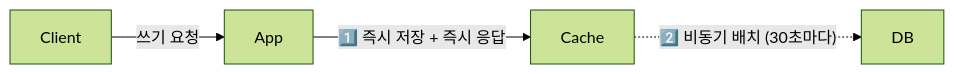
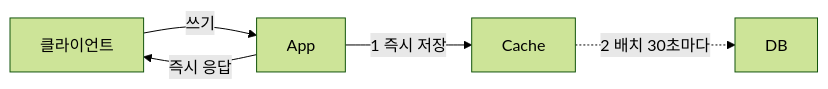
Before and after one commit to yjkim2015/yjkim2015.github.io: the fourth of 6 diagrams in _posts/caching/2026-05-01-caching-strategy.md, drawn with Mermaid (forest theme). The commit also changed other lines of this file and 5 other files, not shown here.

````diff
--- a/_posts/caching/2026-05-01-caching-strategy.md
+++ b/_posts/caching/2026-05-01-caching-strategy.md
@@ -187,6 +349,7 @@
 ```mermaid
 graph LR
-    Client -->|"쓰기 요청"| App
-    App -->|"1️⃣ 즉시 저장 + 즉시 응답"| Cache
-    Cache -.->|"2️⃣ 비동기 배치 (30초마다)"| DB
+    CLI["클라이언트"] -->|"쓰기"| APP["App"]
+    APP -->|"1 즉시 저장"| CA["Cache"]
+    CA -.->|"2 배치 30초마다"| DB["DB"]
+    APP -->|"즉시 응답"| CLI
 ```
````
